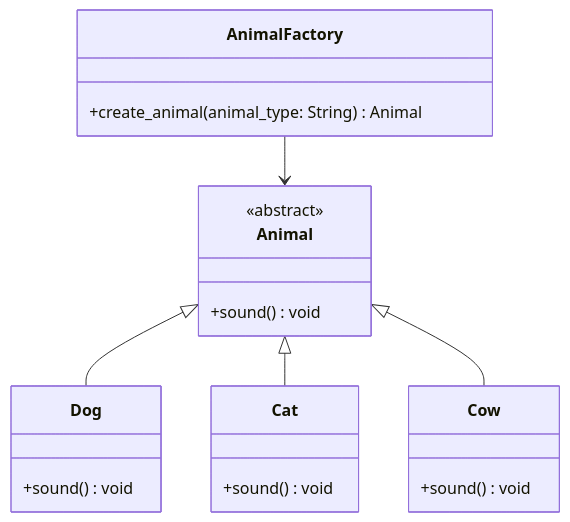
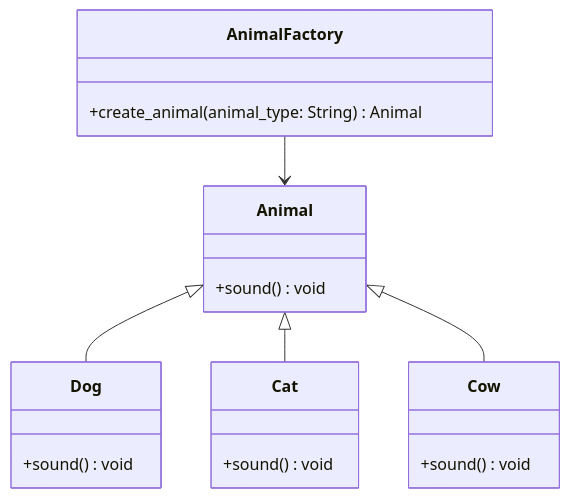
One commit to SashaKuh/OOP changed the diagram in Palamar Valentyn/lab11/README.md. Above: the diagram before and after it, drawn with Mermaid.

````diff
--- a/Palamar Valentyn/lab11/README.md
+++ b/Palamar Valentyn/lab11/README.md
@@ -71,29 +71,28 @@
 ```mermaid
 classDiagram
     class Animal {
-        <<abstract>>
         +sound() void
     }
     
     class Dog {
         +sound() void
     }
     
     class Cat {
         +sound() void
     }
     
     class Cow {
         +sound() void
     }
     
     class AnimalFactory {
         +create_animal(animal_type: String) Animal
     }
     
     Animal <|-- Dog
     Animal <|-- Cat
     Animal <|-- Cow
     AnimalFactory --> Animal
 
 ```
````
